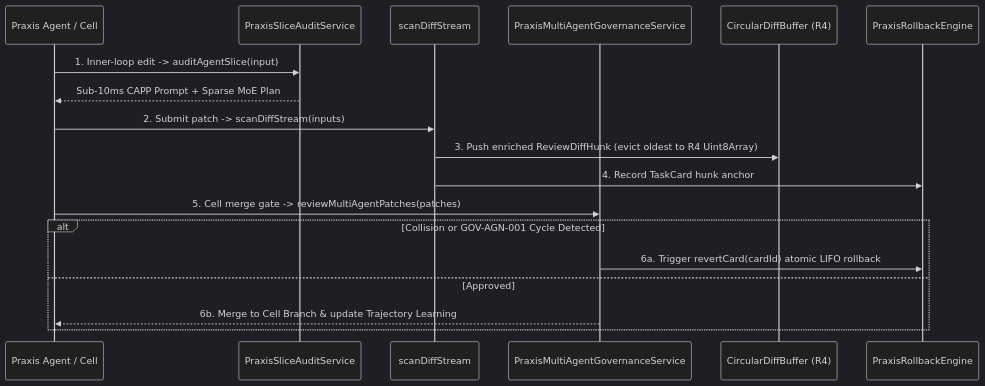
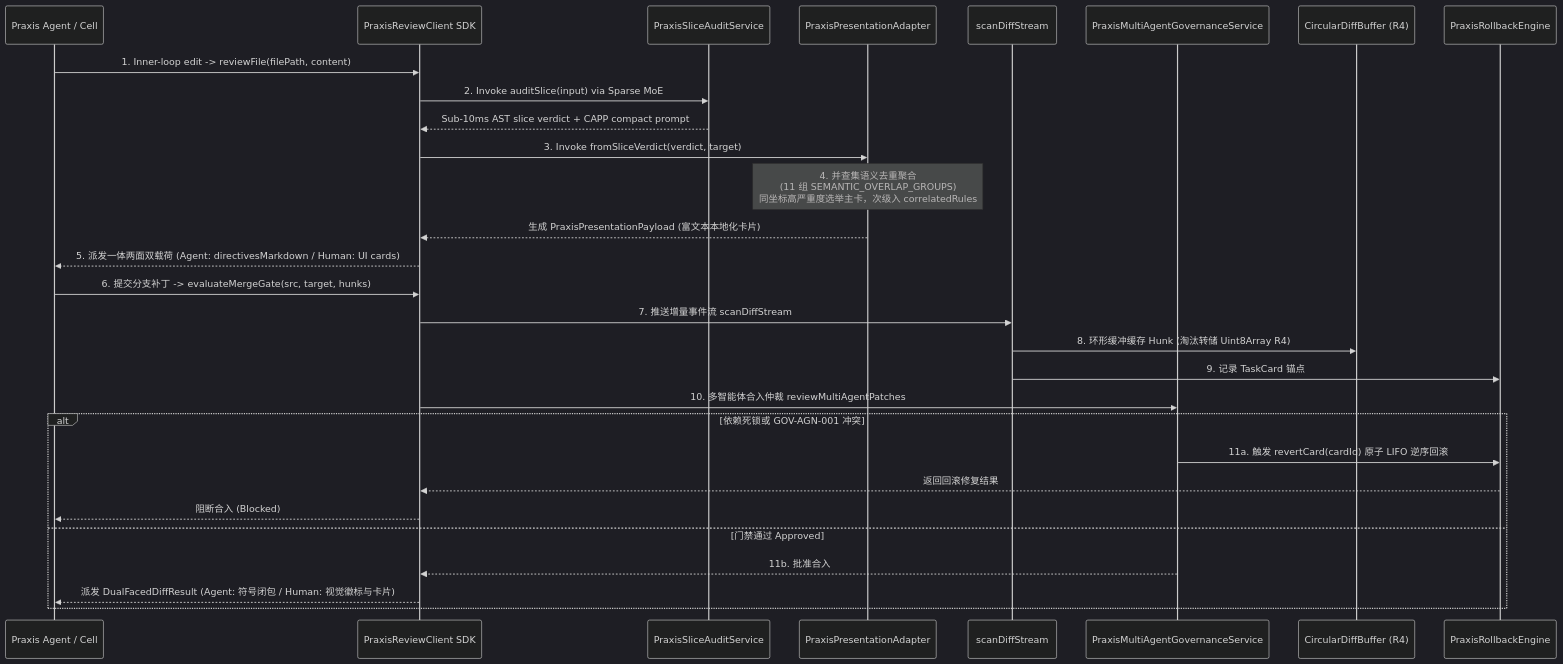
One commit to guilingzhouyi-creator/vscode-extensions changed the diagram in auto-refactor/docs/diagrams/diff-sequence-diagram.mermaid. Above: the diagram before and after it, drawn with Mermaid (dark theme). The commit also changed 28 other files, not shown here.

First line of the commit message:
docs(architecture): 全量对齐系统架构与规则体系技术文档

```diff
--- a/auto-refactor/docs/diagrams/diff-sequence-diagram.mermaid
+++ b/auto-refactor/docs/diagrams/diff-sequence-diagram.mermaid
@@ -1,19 +1,31 @@
 sequenceDiagram
     participant Agent as Praxis Agent / Cell
+    participant Client as PraxisReviewClient SDK
     participant SliceSvc as PraxisSliceAuditService
+    participant PresAdapter as PraxisPresentationAdapter
     participant DiffStream as scanDiffStream
     participant MultiSvc as PraxisMultiAgentGovernanceService
     participant Ring as CircularDiffBuffer (R4)
     participant Rollback as PraxisRollbackEngine
 
-    Agent->>SliceSvc: 1. Inner-loop edit -> auditAgentSlice(input)
-    SliceSvc-->>Agent: Sub-10ms CAPP Prompt + Sparse MoE Plan
-    Agent->>DiffStream: 2. Submit patch -> scanDiffStream(inputs)
-    DiffStream->>Ring: 3. Push enriched ReviewDiffHunk (evict oldest to R4 Uint8Array)
-    DiffStream->>Rollback: 4. Record TaskCard hunk anchor
-    Agent->>MultiSvc: 5. Cell merge gate -> reviewMultiAgentPatches(patches)
-    alt Collision or GOV-AGN-001 Cycle Detected
-        MultiSvc->>Rollback: 6a. Trigger revertCard(cardId) atomic LIFO rollback
-    else Approved
-        MultiSvc-->>Agent: 6b. Merge to Cell Branch & update Trajectory Learning
+    Agent->>Client: 1. Inner-loop edit -> reviewFile(filePath, content)
+    Client->>SliceSvc: 2. Invoke auditSlice(input) via Sparse MoE
+    SliceSvc-->>Client: Sub-10ms AST slice verdict + CAPP compact prompt
+    Client->>PresAdapter: 3. Invoke fromSliceVerdict(verdict, target)
+    Note over PresAdapter: 4. 并查集语义去重聚合<br/>(11 组 SEMANTIC_OVERLAP_GROUPS)<br/>同坐标高严重度选举主卡，次级入 correlatedRules
+    PresAdapter-->>Client: 生成 PraxisPresentationPayload (富文本本地化卡片)
+    Client-->>Agent: 5. 派发一体两面双载荷 (Agent: directivesMarkdown / Human: UI cards)
+    
+    Agent->>Client: 6. 提交分支补丁 -> evaluateMergeGate(src, target, hunks)
+    Client->>DiffStream: 7. 推送增量事件流 scanDiffStream
+    DiffStream->>Ring: 8. 环形缓冲缓存 Hunk (淘汰转储 Uint8Array R4)
+    DiffStream->>Rollback: 9. 记录 TaskCard 锚点
+    Client->>MultiSvc: 10. 多智能体合入仲裁 reviewMultiAgentPatches
+    alt 依赖死锁或 GOV-AGN-001 冲突
+        MultiSvc->>Rollback: 11a. 触发 revertCard(cardId) 原子 LIFO 逆序回滚
+        Rollback-->>Client: 返回回滚修复结果
+        Client-->>Agent: 阻断合入 (Blocked)
+    else 门禁通过 Approved
+        MultiSvc-->>Client: 11b. 批准合入
+        Client-->>Agent: 派发 DualFacedDiffResult (Agent: 符号闭包 / Human: 视觉徽标与卡片)
     end
```
